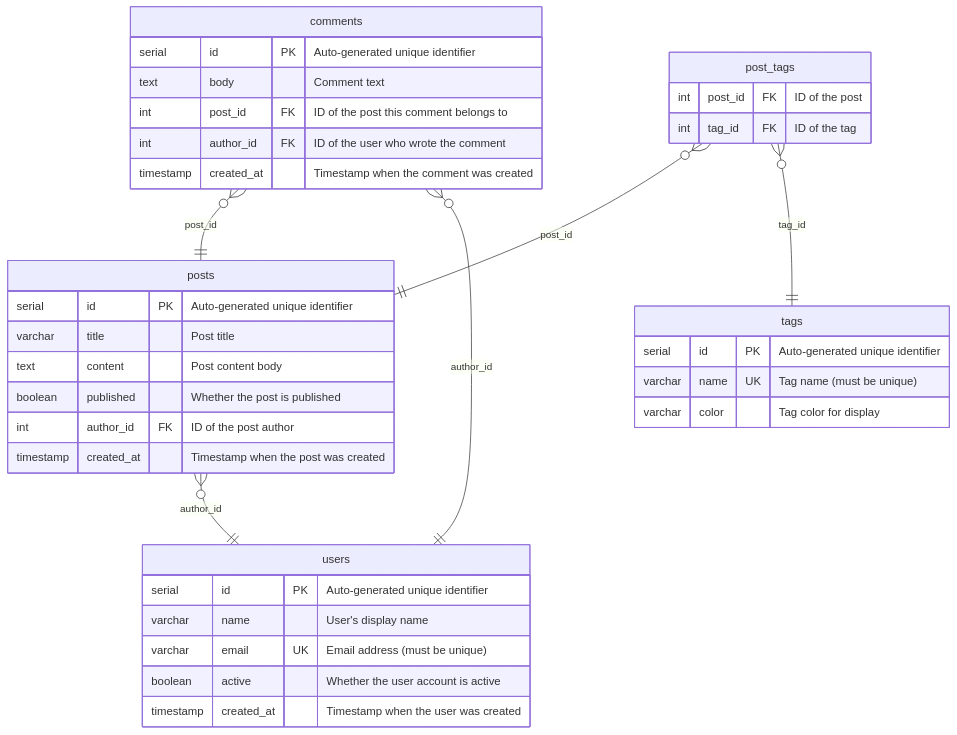
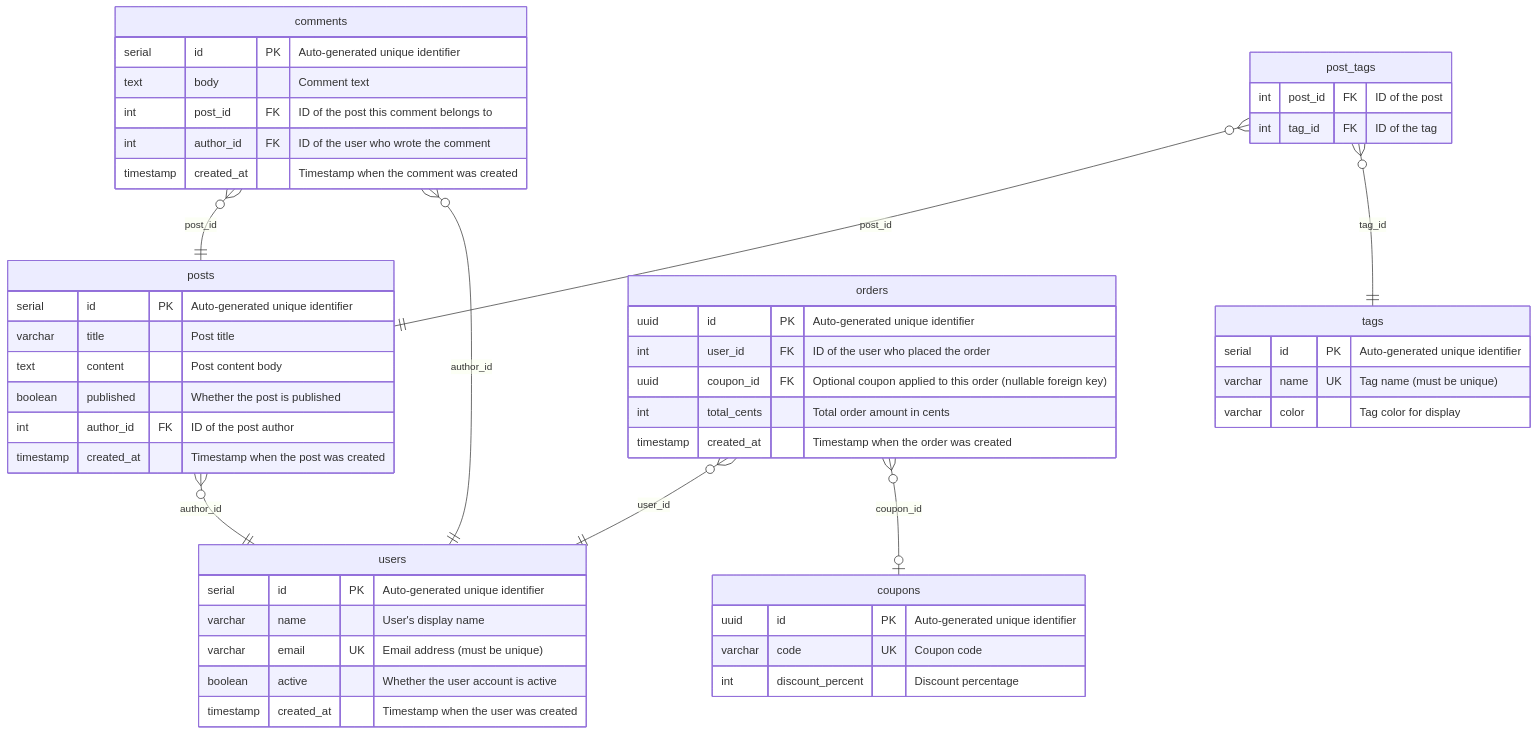
The diagram in examples/pg/v1/markdown/README.md (rikeda71/drizzle-docs-generator), drawn with Mermaid before and after one commit. The commit also changed other lines of this file and 42 other files, not shown here.

First line of the commit message:
Support nullable foreign keys in Mermaid ER diagram relations (#119)

````diff
--- a/examples/pg/v1/markdown/README.md
+++ b/examples/pg/v1/markdown/README.md
@@ -15,40 +17,54 @@
 ```mermaid
 erDiagram
     posts }o--|| users : "author_id"
     comments }o--|| posts : "post_id"
     comments }o--|| users : "author_id"
     post_tags }o--|| posts : "post_id"
     post_tags }o--|| tags : "tag_id"
+    orders }o--|| users : "user_id"
+    orders }o--o| coupons : "coupon_id"
 
     comments {
         serial id PK "Auto-generated unique identifier"
         text body "Comment text"
         int post_id FK "ID of the post this comment belongs to"
         int author_id FK "ID of the user who wrote the comment"
         timestamp created_at "Timestamp when the comment was created"
+    }
+    coupons {
+        uuid id PK "Auto-generated unique identifier"
+        varchar code UK "Coupon code"
+        int discount_percent "Discount percentage"
+    }
+    orders {
+        uuid id PK "Auto-generated unique identifier"
+        int user_id FK "ID of the user who placed the order"
+        uuid coupon_id FK "Optional coupon applied to this order (nullable foreign key)"
+        int total_cents "Total order amount in cents"
+        timestamp created_at "Timestamp when the order was created"
     }
     post_tags {
         int post_id FK "ID of the post"
         int tag_id FK "ID of the tag"
     }
     posts {
         serial id PK "Auto-generated unique identifier"
         varchar title "Post title"
         text content "Post content body"
         boolean published "Whether the post is published"
         int author_id FK "ID of the post author"
         timestamp created_at "Timestamp when the post was created"
     }
     tags {
         serial id PK "Auto-generated unique identifier"
         varchar name UK "Tag name (must be unique)"
         varchar color "Tag color for display"
     }
     users {
         serial id PK "Auto-generated unique identifier"
         varchar name "User's display name"
         varchar email UK "Email address (must be unique)"
         boolean active "Whether the user account is active"
         timestamp created_at "Timestamp when the user was created"
     }
 ```
````
